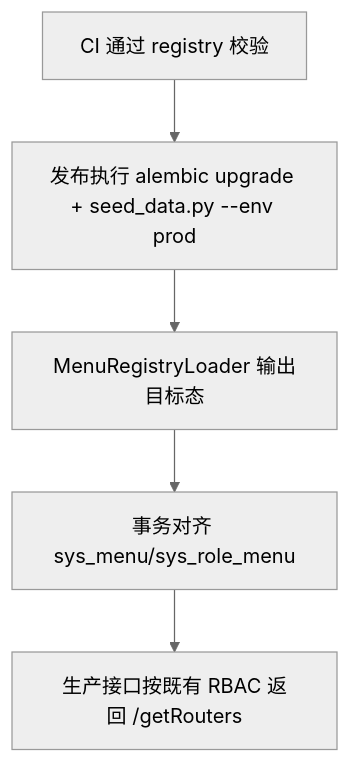
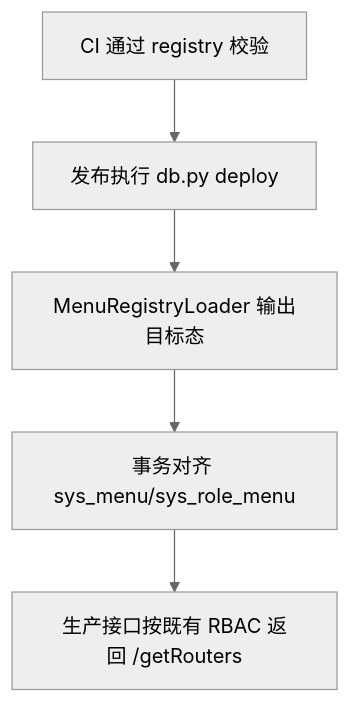
Before and after one commit to marshal-zheng/RuoYi-Vue3-FastAPI: the second of 2 diagrams in docs/specs/dev-menu-single-source/design.md, drawn with Mermaid (neutral theme). The commit also changed other lines of this file and 175 other files, not shown here.

````diff
--- a/docs/specs/dev-menu-single-source/design.md
+++ b/docs/specs/dev-menu-single-source/design.md
@@ -58,7 +60,7 @@
 ```mermaid
 flowchart TD
-  P1["CI 通过 registry 校验"] --> P2["发布执行 alembic upgrade + seed_data.py --env prod"]
+  P1["CI 通过 registry 校验"] --> P2["发布执行 db.py deploy"]
   P2 --> P3["MenuRegistryLoader 输出目标态"]
   P3 --> P4["事务对齐 sys_menu/sys_role_menu"]
   P4 --> P5["生产接口按既有 RBAC 返回 /getRouters"]
 ```
````
